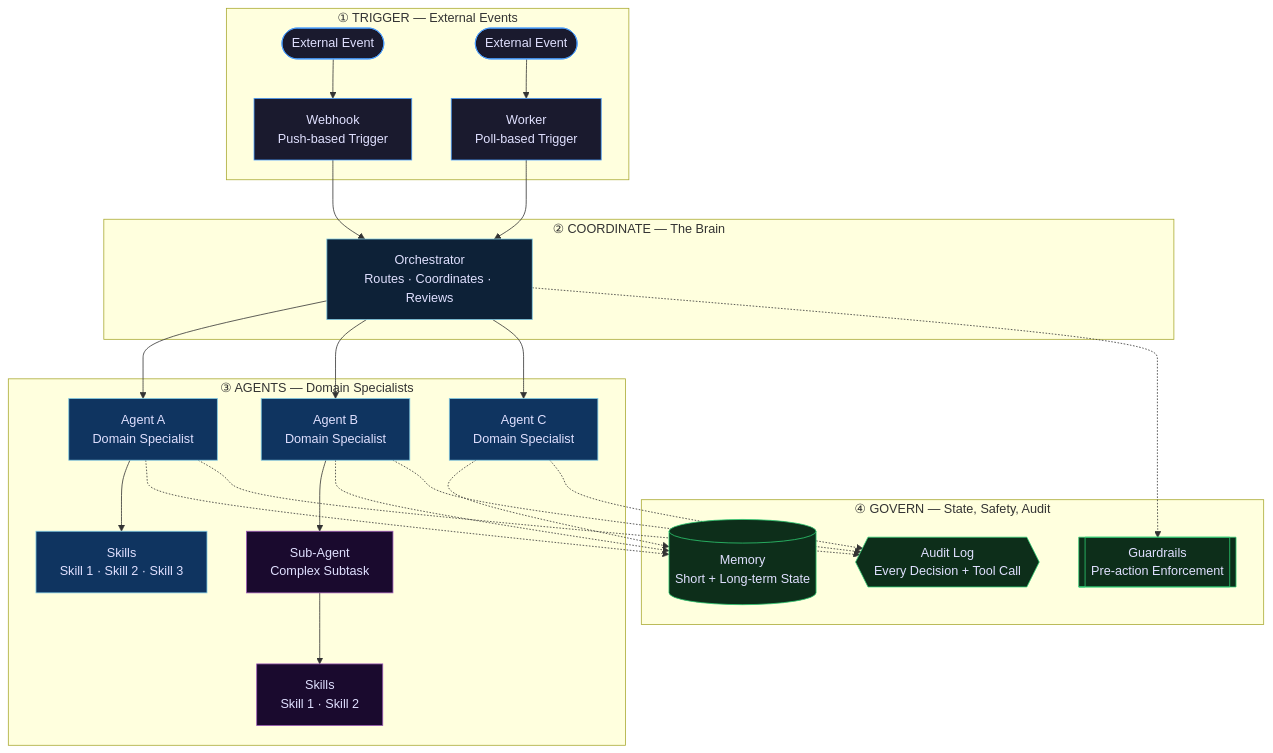
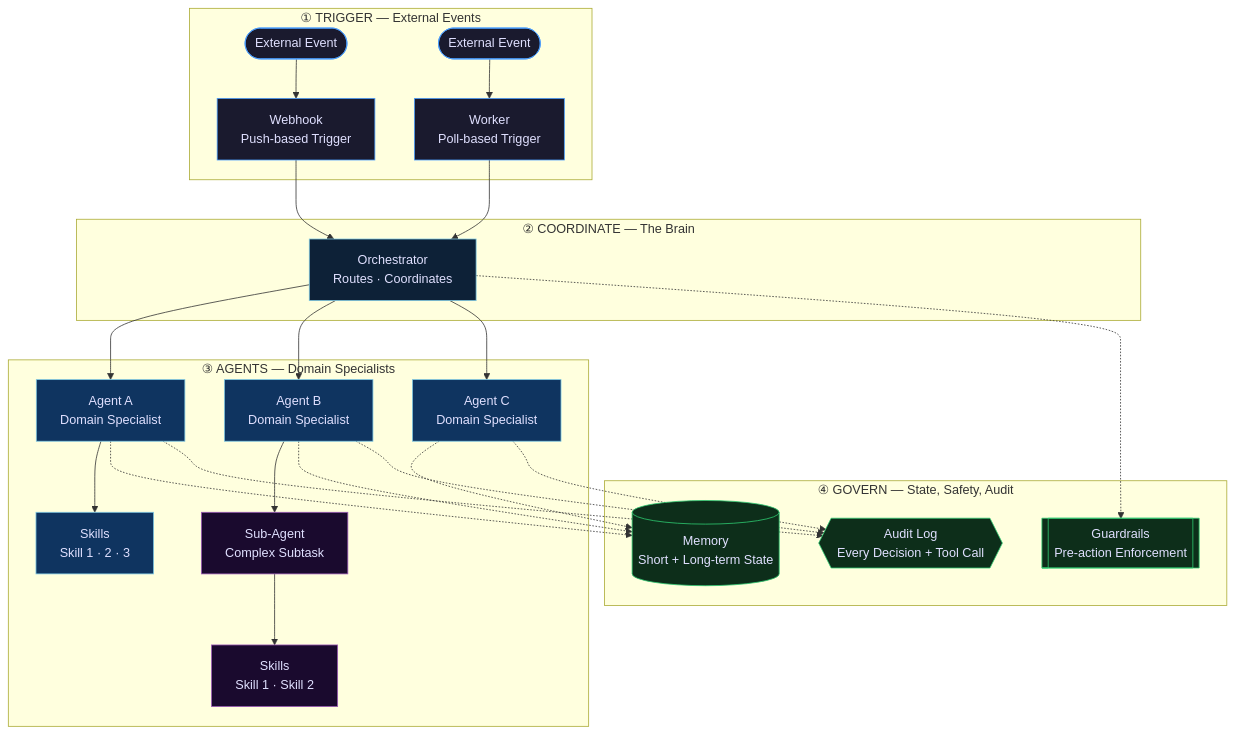
The fifth of 11 diagrams in README.md (bryancalabro/bryancalabro), drawn with Mermaid before and after one commit. The commit also changed other lines of this file and 1 other file, not shown here.

````diff
--- a/README.md
+++ b/README.md
@@ -242,57 +242,57 @@
 ```mermaid
 flowchart TD
     subgraph TRIGGER["① TRIGGER — External Events"]
         EV1([External Event])
         EV2([External Event])
         WH["Webhook<br/>Push-based Trigger"]
         WK["Worker<br/>Poll-based Trigger"]
         EV1 --> WH
         EV2 --> WK
     end
 
     subgraph COORD["② COORDINATE — The Brain"]
-        ORC["Orchestrator<br/>Routes · Coordinates · Reviews"]
+        ORC["Orchestrator<br/>Routes · Coordinates"]
         WH --> ORC
         WK --> ORC
     end
 
     subgraph AGENTS["③ AGENTS — Domain Specialists"]
         AGa["Agent A<br/>Domain Specialist"]
         AGb["Agent B<br/>Domain Specialist"]
         AGc["Agent C<br/>Domain Specialist"]
-        SKa["Skills<br/>Skill 1 · Skill 2 · Skill 3"]
+        SKa["Skills<br/>Skill 1 · 2 · 3"]
         SUB["Sub-Agent<br/>Complex Subtask"]
         SKb["Skills<br/>Skill 1 · Skill 2"]
         ORC --> AGa
         ORC --> AGb
         ORC --> AGc
         AGa --> SKa
         AGb --> SUB
         SUB --> SKb
     end
 
     subgraph GOVERN["④ GOVERN — State, Safety, Audit"]
         MEM[("Memory<br/>Short + Long-term State")]
         GRD[["Guardrails<br/>Pre-action Enforcement"]]
         AUD{{"Audit Log<br/>Every Decision + Tool Call"}}
         ORC -.-> GRD
         AGa -.-> MEM
         AGb -.-> MEM
         AGc -.-> MEM
         AGa -.-> AUD
         AGb -.-> AUD
         AGc -.-> AUD
     end
 
     classDef triggerStyle fill:#1a1a2e,stroke:#4a9eff,color:#e0e0ff
     classDef coordStyle fill:#0d2137,stroke:#7ec8e3,color:#e0e0ff
     classDef agentStyle fill:#0f3460,stroke:#7ec8e3,color:#e0e0ff
     classDef subStyle fill:#1a0a2e,stroke:#9b59b6,color:#e0e0ff
     classDef governStyle fill:#0d2e1a,stroke:#2ecc71,color:#e0e0ff
 
     class EV1,EV2,WH,WK triggerStyle
     class ORC coordStyle
     class AGa,AGb,AGc,SKa agentStyle
     class SUB,SKb subStyle
     class MEM,GRD,AUD governStyle
 ```
````
